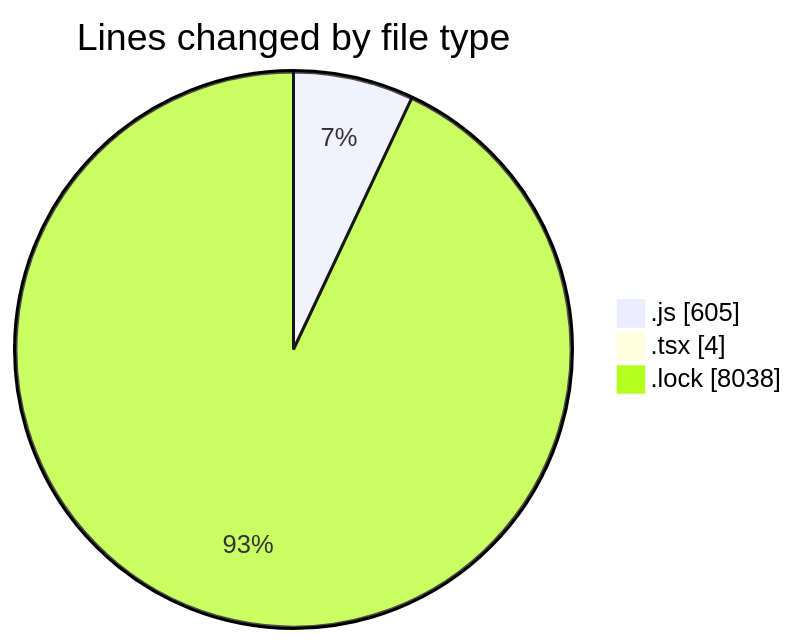
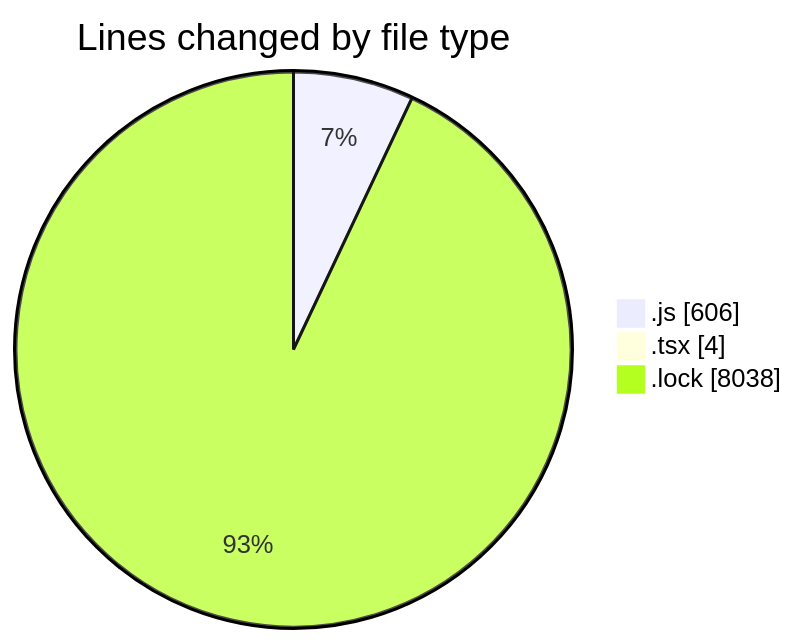
Before and after one commit to momahboobian/code-tracking: the first of 2 diagrams in 2025-03-11/cda/README.md, drawn with Mermaid. The commit also changed other lines of this file and 1 other file, not shown here.

````diff
--- a/2025-03-11/cda/README.md
+++ b/2025-03-11/cda/README.md
@@ -30,7 +30,7 @@
 ```mermaid
 pie showData
 title Lines changed by file type
-".js" : 605
+".js" : 606
 ".tsx" : 4
 ".lock" : 8038
 ```
````
